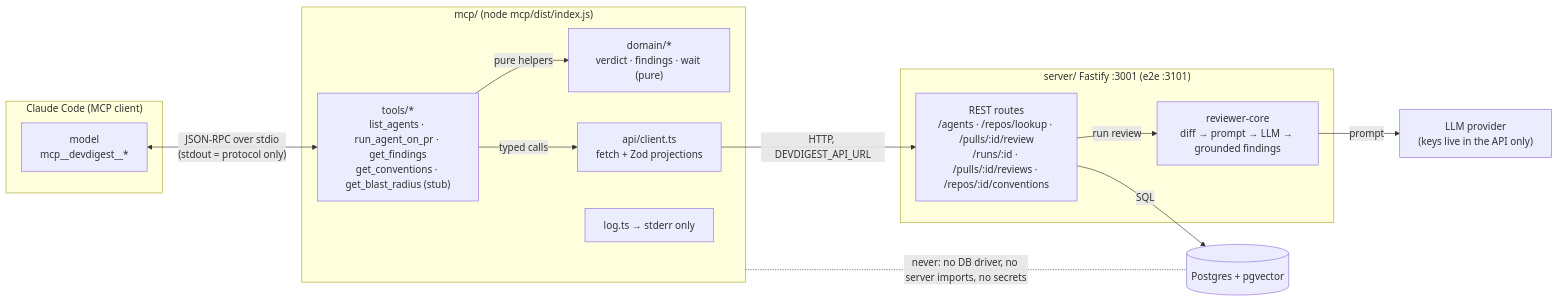
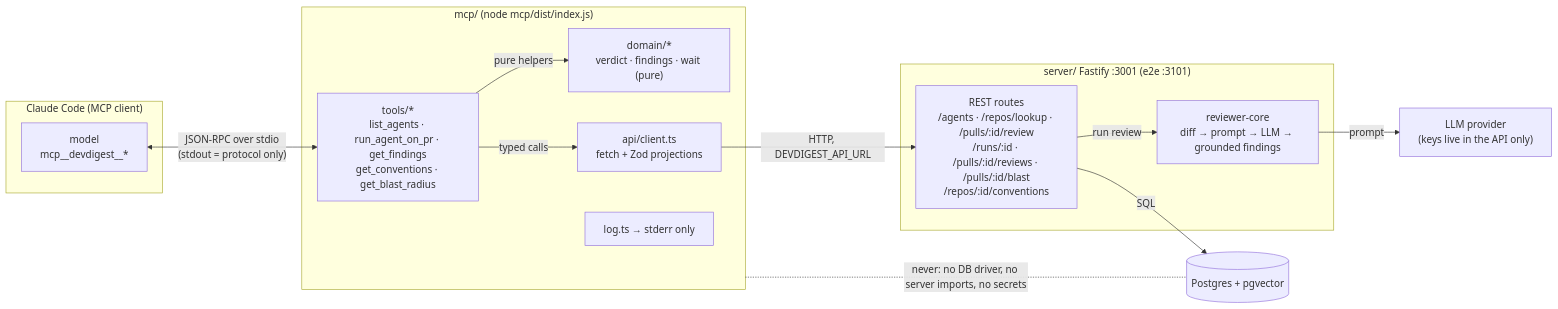
Before and after one commit to Svyat90/dev-digest: the diagram in mcp/README.md, drawn with Mermaid. The commit also changed other lines of this file and 6 other files, not shown here.

Commit message:
docs(blast): promote spec and document blast radius

````diff
--- a/mcp/README.md
+++ b/mcp/README.md
@@ -10,27 +10,27 @@
 ```mermaid
 flowchart LR
   subgraph CC["Claude Code (MCP client)"]
     MODEL["model<br/>mcp__devdigest__*"]
   end
   subgraph MCP["mcp/ (node mcp/dist/index.js)"]
-    TOOLS["tools/*<br/>list_agents · run_agent_on_pr · get_findings<br/>get_conventions · get_blast_radius (stub)"]
+    TOOLS["tools/*<br/>list_agents · run_agent_on_pr · get_findings<br/>get_conventions · get_blast_radius"]
     DOMAIN["domain/*<br/>verdict · findings · wait (pure)"]
     APIC["api/client.ts<br/>fetch + Zod projections"]
     LOG["log.ts → stderr only"]
     TOOLS -->|"pure helpers"| DOMAIN
     TOOLS -->|"typed calls"| APIC
   end
   subgraph API["server/ Fastify :3001 (e2e :3101)"]
-    ROUTES["REST routes<br/>/agents · /repos/lookup · /pulls/:id/review<br/>/runs/:id · /pulls/:id/reviews · /repos/:id/conventions"]
+    ROUTES["REST routes<br/>/agents · /repos/lookup · /pulls/:id/review<br/>/runs/:id · /pulls/:id/reviews · /pulls/:id/blast<br/>/repos/:id/conventions"]
     CORE["reviewer-core<br/>diff → prompt → LLM → grounded findings"]
   end
   PG[("Postgres + pgvector")]
   LLM["LLM provider<br/>(keys live in the API only)"]
 
   MODEL <-->|"JSON-RPC over stdio<br/>(stdout = protocol only)"| TOOLS
   APIC -->|"HTTP, DEVDIGEST_API_URL"| ROUTES
   ROUTES -->|"SQL"| PG
   ROUTES -->|"run review"| CORE
   CORE -->|"prompt"| LLM
   MCP -. "never: no DB driver, no server imports, no secrets" .- PG
 ```
````
